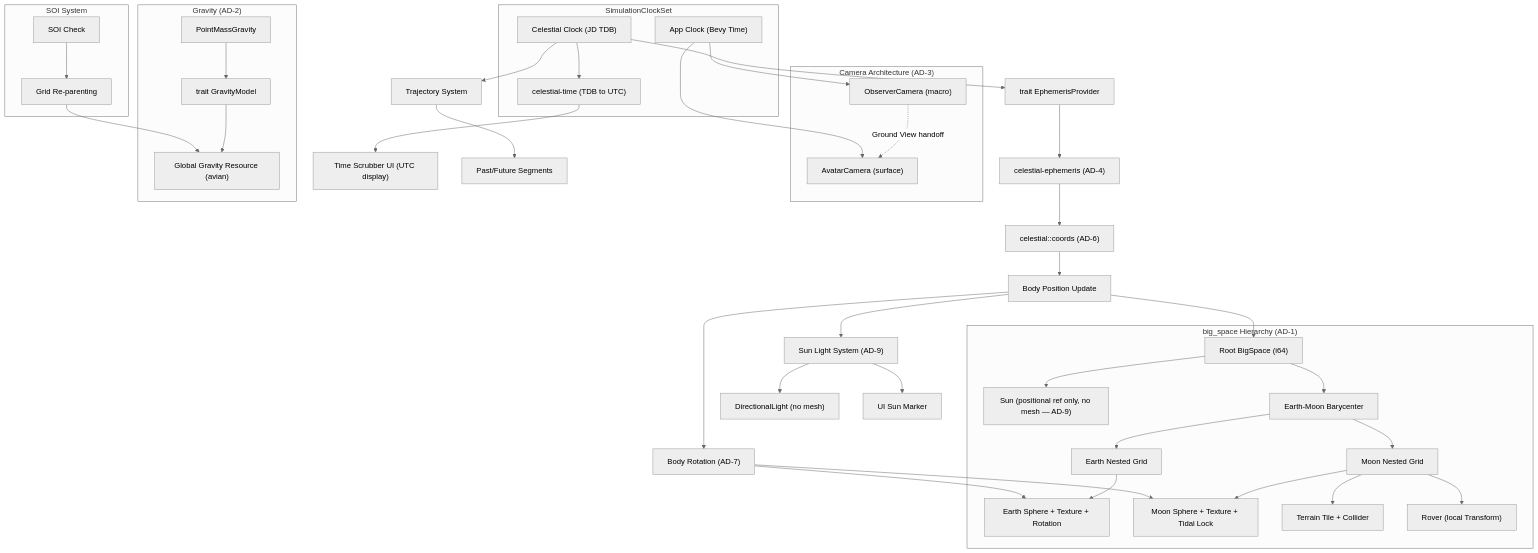
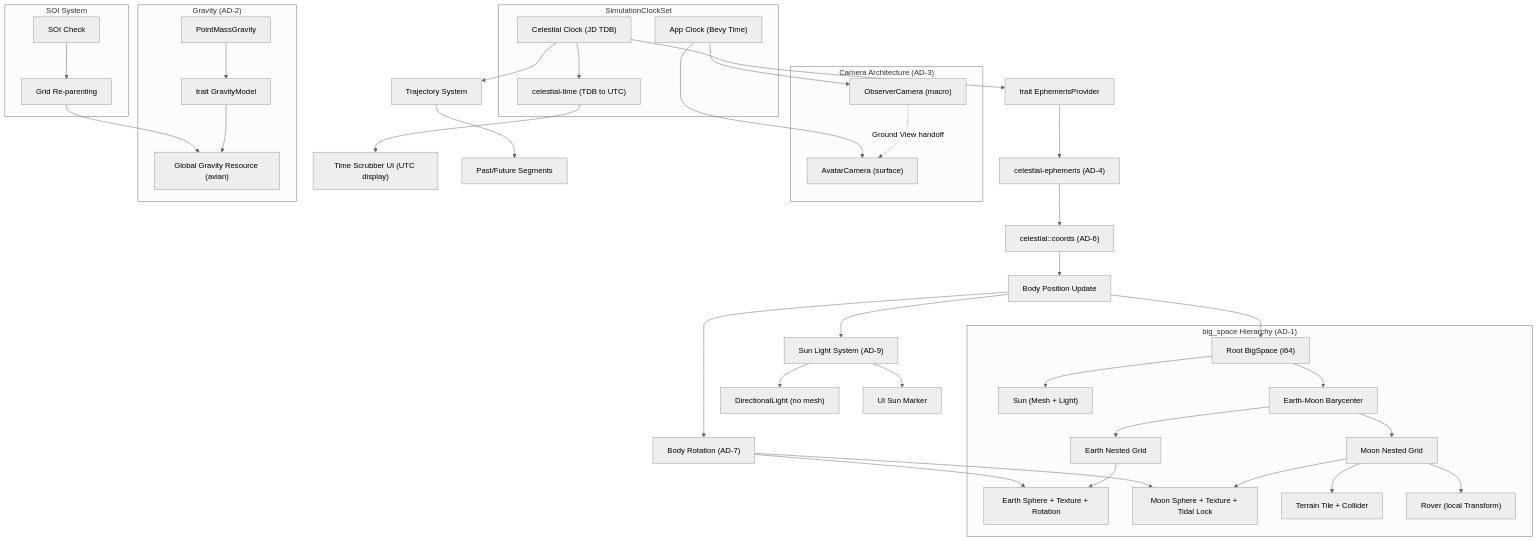
Before and after one commit to LunCoSim/lunco-sim: the diagram in specs/002-celestial-visualization/plan.md, drawn with Mermaid (neutral theme). The commit also changed other lines of this file and 12 other files, not shown here.

````diff
--- a/specs/002-celestial-visualization/plan.md
+++ b/specs/002-celestial-visualization/plan.md
@@ -439,61 +438,61 @@
 ```mermaid
 graph TD
     subgraph "SimulationClockSet"
         CC["Celestial Clock (JD TDB)"]
         AC["App Clock (Bevy Time)"]
         CT["celestial-time (TDB to UTC)"]
     end
 
     CC --> CT
     CT --> UI_TIME["Time Scrubber UI (UTC display)"]
 
     CC --> EPH["trait EphemerisProvider"]
     EPH --> CEP["celestial-ephemeris (AD-4)"]
     CEP --> COORDS["celestial::coords (AD-6)"]
     COORDS --> POS[Body Position Update]
 
     POS --> ROT["Body Rotation (AD-7)"]
 
     subgraph "big_space Hierarchy (AD-1)"
         ROOT["Root BigSpace (i64)"]
-        ROOT --> SUN["Sun (positional ref only, no mesh — AD-9)"]
+        ROOT --> SUN["Sun (Mesh + Light)"]
         ROOT --> BMC["Earth-Moon Barycenter"]
         BMC --> EG["Earth Nested Grid"]
         BMC --> MG["Moon Nested Grid"]
         EG --> ES["Earth Sphere + Texture + Rotation"]
         MG --> MS["Moon Sphere + Texture + Tidal Lock"]
         MG --> TT["Terrain Tile + Collider"]
         MG --> RV["Rover (local Transform)"]
     end
 
     POS --> ROOT
     ROT --> ES
     ROT --> MS
 
     POS --> SL["Sun Light System (AD-9)"]
     SL --> DL["DirectionalLight (no mesh)"]
     SL --> SUI["UI Sun Marker"]
 
     CC --> TRJ[Trajectory System]
     TRJ --> SEG[Past/Future Segments]
 
     subgraph "Camera Architecture (AD-3)"
         OC["ObserverCamera (macro)"]
         AVC["AvatarCamera (surface)"]
         OC -.->|"Ground View handoff"| AVC
     end
 
     AC --> OC
     AC --> AVC
 
     subgraph "Gravity (AD-2)"
         GM[trait GravityModel]
         PM[PointMassGravity] --> GM
         GM --> GR["Global Gravity Resource (avian)"]
     end
 
     subgraph "SOI System"
         SOI[SOI Check] --> RP[Grid Re-parenting]
         RP --> GR
     end
 ```
````
